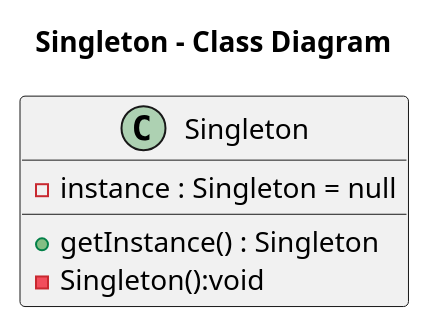
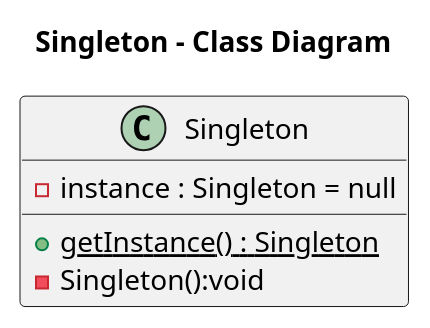
One commit to sratatata/space-invaders changed the diagram in static/singleton.puml. Above: the diagram before and after it, drawn with PlantUML.

```diff
--- a/static/singleton.puml
+++ b/static/singleton.puml
@@ -1,10 +1,10 @@
 @startuml
 
 title Singleton - Class Diagram
 
 class Singleton {
   -instance : Singleton = null
-  +getInstance() : Singleton
+  +{static}getInstance() : Singleton
   -Singleton():void
 }
 @enduml
```
